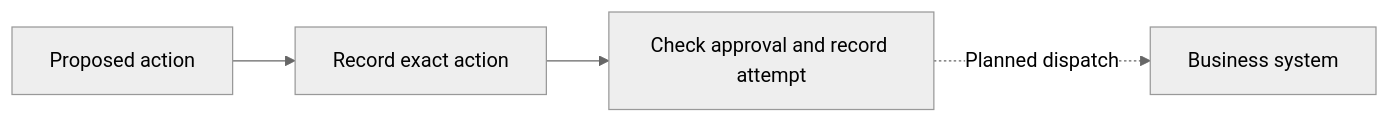
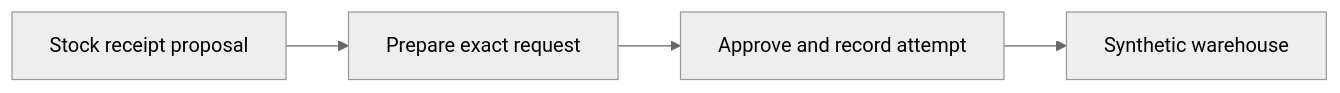
One commit to work-steward/agent-engine changed the first of 2 diagrams in README.md. Above: the diagram before and after it, drawn with Mermaid (neutral theme). The commit also changed other lines of this file and 39 other files, not shown here.

````diff
--- a/README.md
+++ b/README.md
@@ -19,6 +19,6 @@
 ```mermaid
 flowchart LR
-    P["Proposed action"] --> I["Record exact action"]
-    I --> A["Check approval and record attempt"]
-    A -.->|Planned dispatch| S["Business system"]
+    P["Stock receipt proposal"] --> I["Prepare exact request"]
+    I --> A["Approve and record attempt"]
+    A --> S["Synthetic warehouse"]
 ```
````
